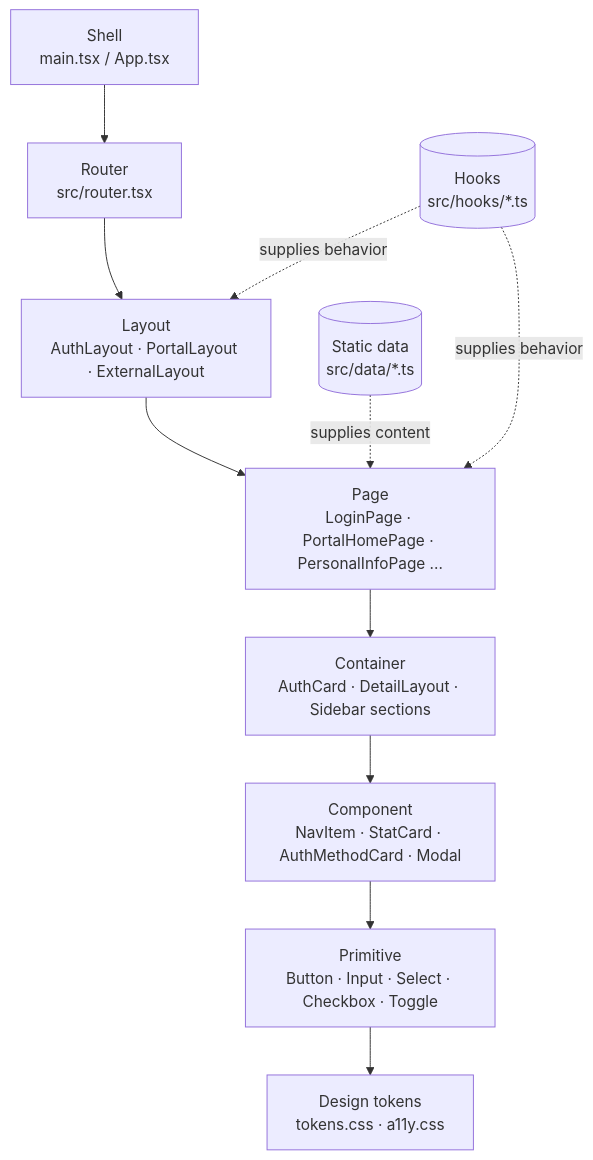
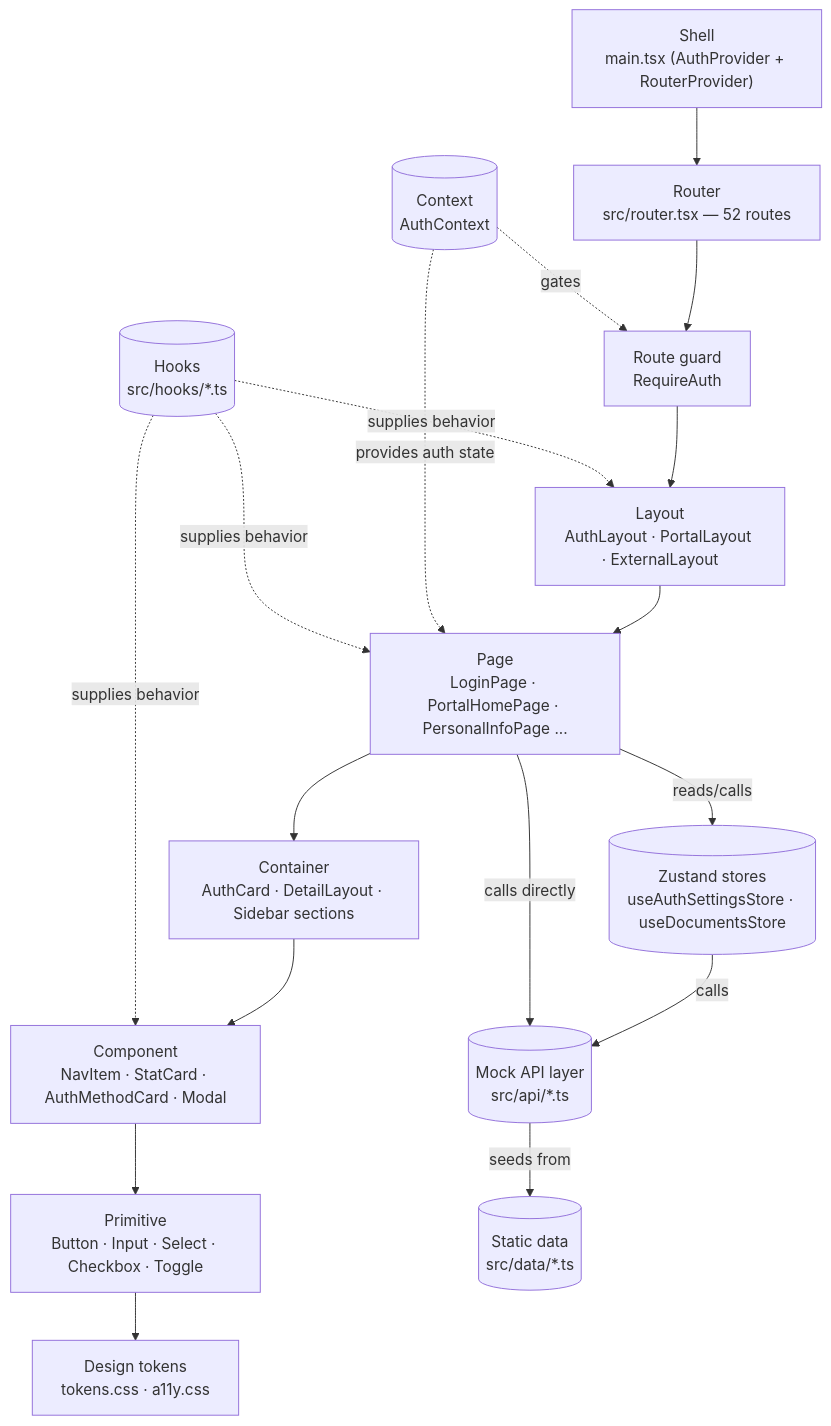
Before and after one commit to TheUniverseOfAI/SAP-Secure-Access-Platform: the diagram in ui-architecture-diagram.md, drawn with Mermaid. The commit also changed other lines of this file and 19 other files, not shown here.

````diff
--- a/ui-architecture-diagram.md
+++ b/ui-architecture-diagram.md
@@ -5,29 +5,43 @@
 ```mermaid
 flowchart TD
     Shell["Shell
-main.tsx / App.tsx"]
+main.tsx (AuthProvider + RouterProvider)"]
     Router["Router
-src/router.tsx"]
+src/router.tsx — 52 routes"]
+    Guard["Route guard
+RequireAuth"]
     Layout["Layout
 AuthLayout · PortalLayout · ExternalLayout"]
     Page["Page
 LoginPage · PortalHomePage · PersonalInfoPage ..."]
     Container["Container
 AuthCard · DetailLayout · Sidebar sections"]
     Component["Component
 NavItem · StatCard · AuthMethodCard · Modal"]
     Primitive["Primitive
 Button · Input · Select · Checkbox · Toggle"]
     Tokens["Design tokens
 tokens.css · a11y.css"]
 
+    Context[("Context
+AuthContext")]
+    Stores[("Zustand stores
+useAuthSettingsStore · useDocumentsStore")]
+    Api[("Mock API layer
+src/api/*.ts")]
     Data[("Static data
 src/data/*.ts")]
     Hooks[("Hooks
 src/hooks/*.ts")]
 
-    Shell --> Router --> Layout --> Page --> Container --> Component --> Primitive --> Tokens
-    Data -.supplies content.-> Page
+    Shell --> Router --> Guard --> Layout --> Page --> Container --> Component --> Primitive --> Tokens
+    Context -.gates.-> Guard
+    Context -.provides auth state.-> Page
+    Api -->|seeds from| Data
+    Stores -->|calls| Api
+    Page -->|reads/calls| Stores
+    Page -->|calls directly| Api
     Hooks -.supplies behavior.-> Layout
     Hooks -.supplies behavior.-> Page
+    Hooks -.supplies behavior.-> Component
 ```
````
